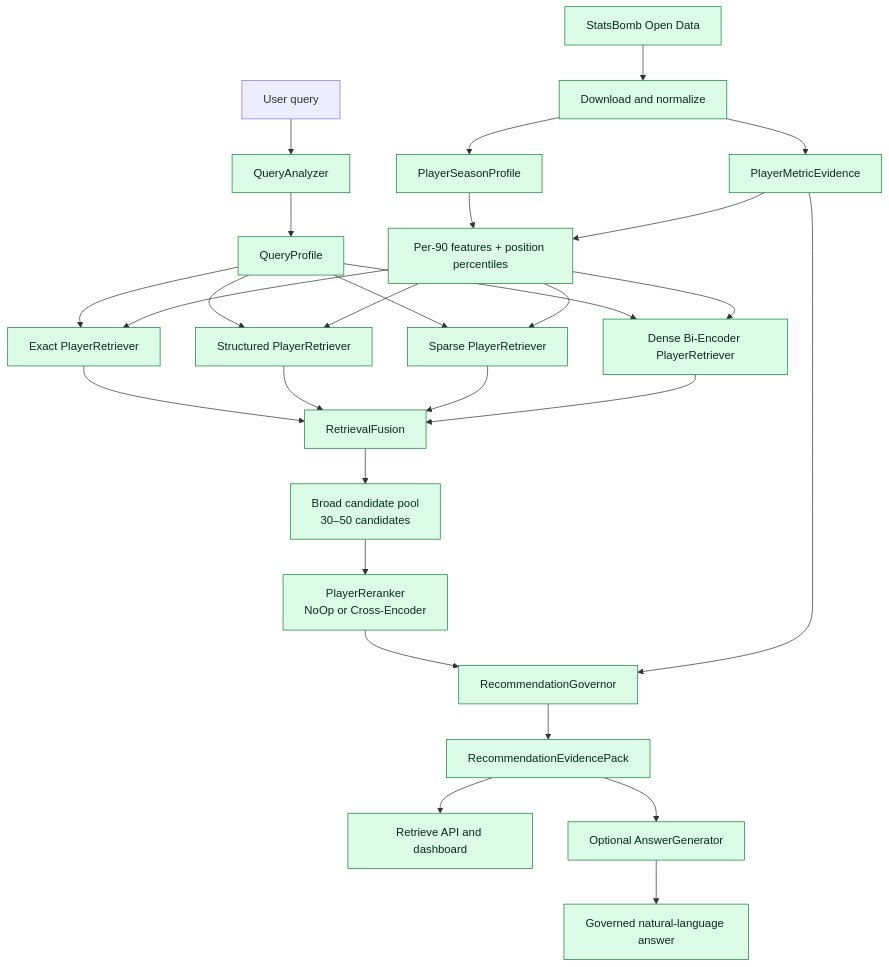
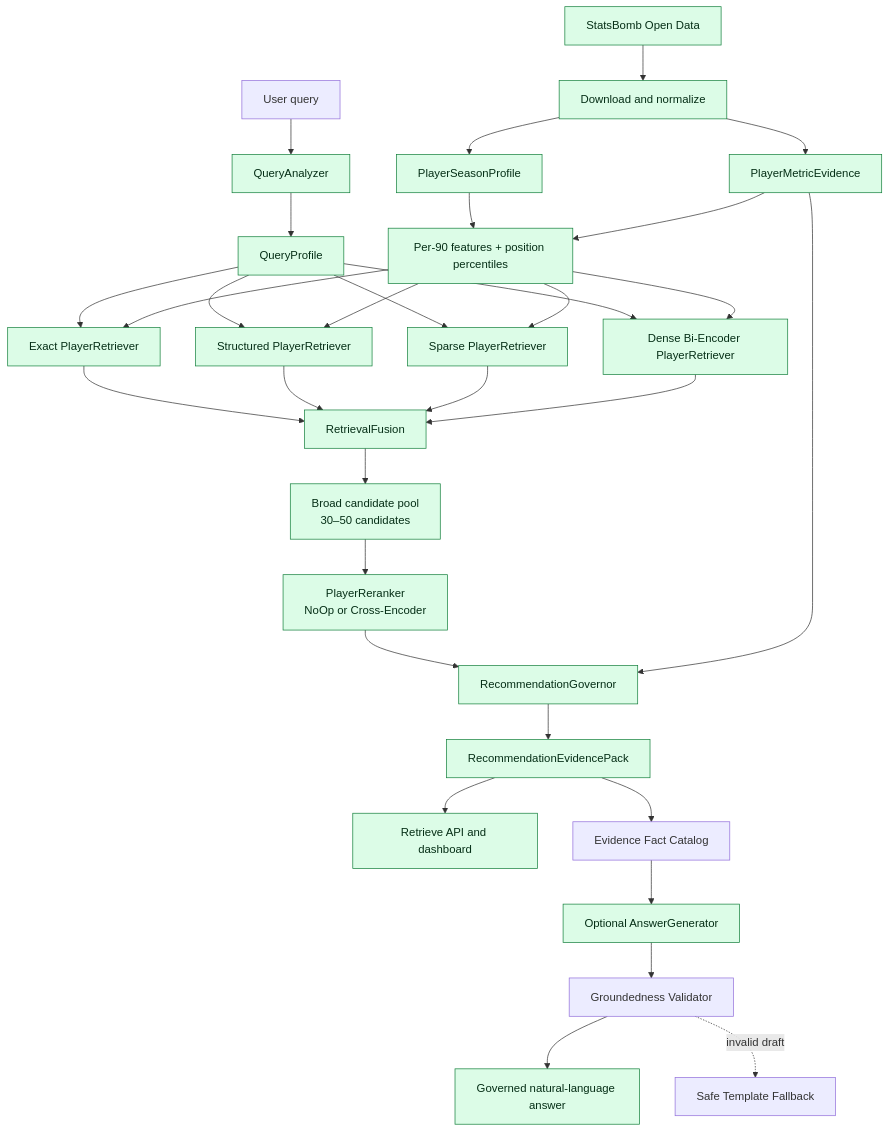
One commit to simonmang/ScoutRAG changed the first of 2 diagrams in README.md. Above: the diagram before and after it, drawn with Mermaid. The commit also changed other lines of this file and 33 other files, not shown here.

````diff
--- a/README.md
+++ b/README.md
@@ -33,39 +33,42 @@
 ```mermaid
 flowchart TD
     SB[StatsBomb Open Data] --> DN[Download and normalize]
     DN --> PS[PlayerSeasonProfile]
     DN --> ME[PlayerMetricEvidence]
     PS --> FE[Per-90 features + position percentiles]
     ME --> FE
 
     U[User query] --> QA[QueryAnalyzer]
     QA --> QP[QueryProfile]
 
     QP --> ER[Exact PlayerRetriever]
     QP --> SR[Structured PlayerRetriever]
     QP --> SP[Sparse PlayerRetriever]
     QP --> DR[Dense Bi-Encoder PlayerRetriever]
 
     ER --> F[RetrievalFusion]
     SR --> F
     SP --> F
     DR --> F
 
     F --> CP[Broad candidate pool<br/>30–50 candidates]
     CP --> RR[PlayerReranker<br/>NoOp or Cross-Encoder]
     RR --> G[RecommendationGovernor]
     G --> EP[RecommendationEvidencePack]
     FE --> ER
     FE --> SR
     FE --> SP
     FE --> DR
     ME --> G
 
     EP --> API[Retrieve API and dashboard]
-    EP --> AG[Optional AnswerGenerator]
-    AG --> AA[Governed natural-language answer]
+    EP --> FC[Evidence Fact Catalog]
+    FC --> AG[Optional AnswerGenerator]
+    AG --> GV[Groundedness Validator]
+    GV --> AA[Governed natural-language answer]
+    GV -. invalid draft .-> TF[Safe Template Fallback]
 
     classDef implemented fill:#dcfce7,stroke:#15803d,color:#052e16;
     classDef later fill:#f3f4f6,stroke:#6b7280,color:#111827;
     class SB,DN,PS,ME,FE,QA,QP,ER,SR,SP,DR,F,CP,RR,G,EP,API,AG,AA implemented;
 ```
````
